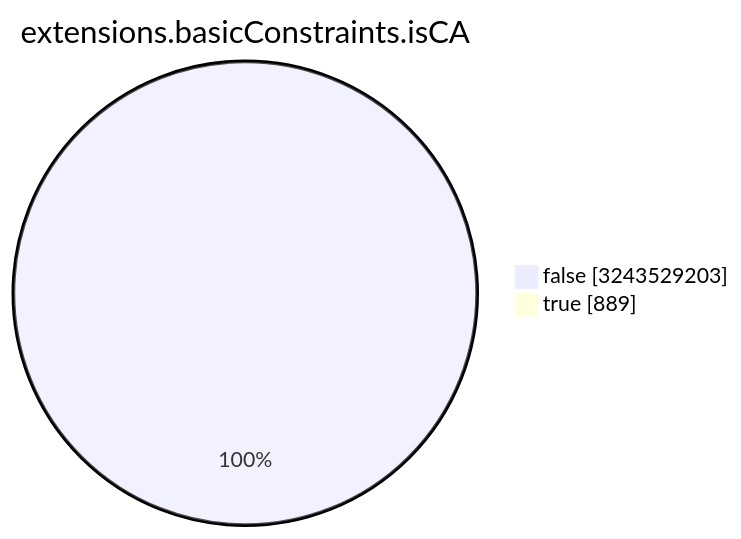
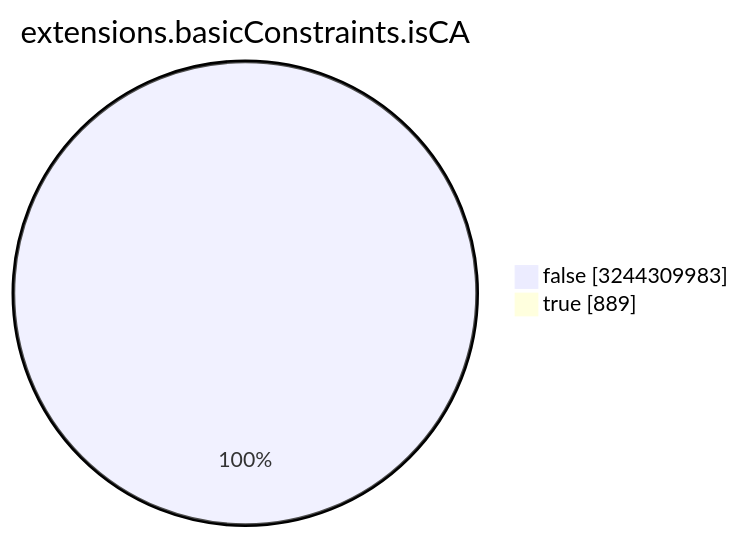
Before and after one commit to christiankrug/ctmonitor_visualization: the seventh of 15 diagrams in TOTAL/README.md, drawn with Mermaid. The commit also changed other lines of this file, not shown here.

````diff
--- a/TOTAL/README.md
+++ b/TOTAL/README.md
@@ -3088,6 +3088,6 @@
 ```mermaid
 pie showData
 title extensions.basicConstraints.isCA
-"false" :3243529203
+"false" :3244309983
 "true" :889
 ```
````
